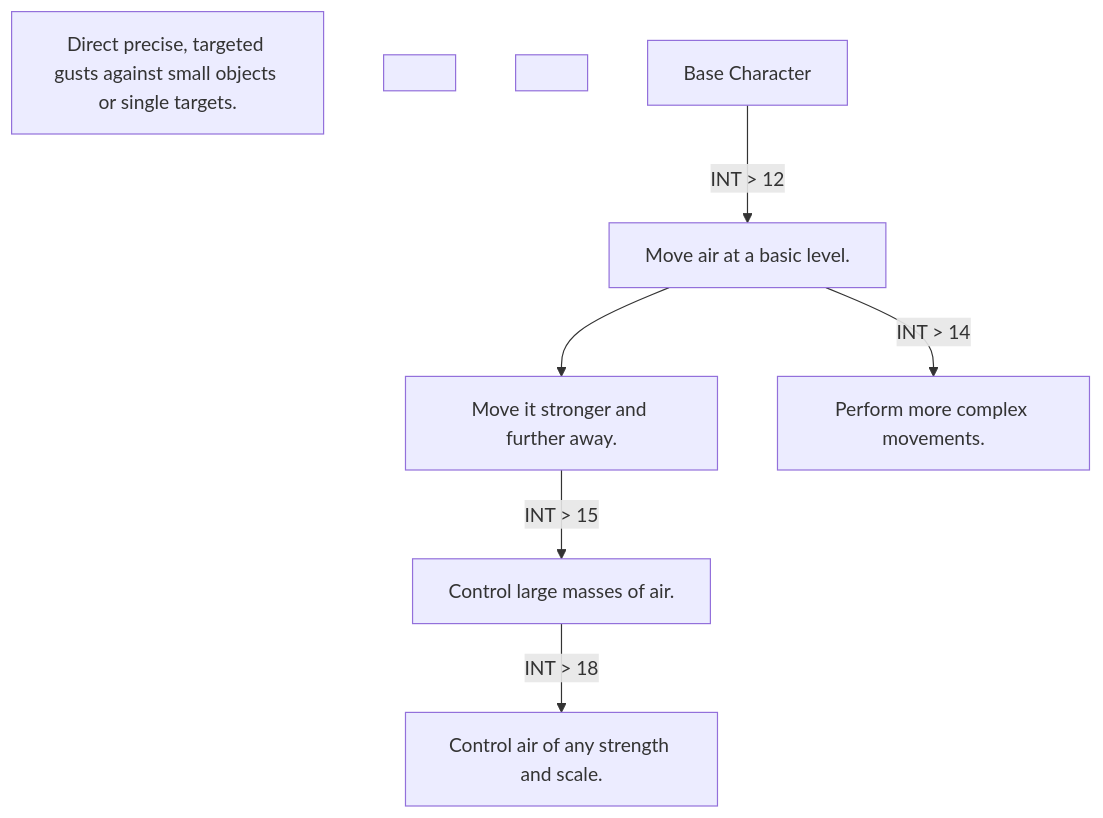
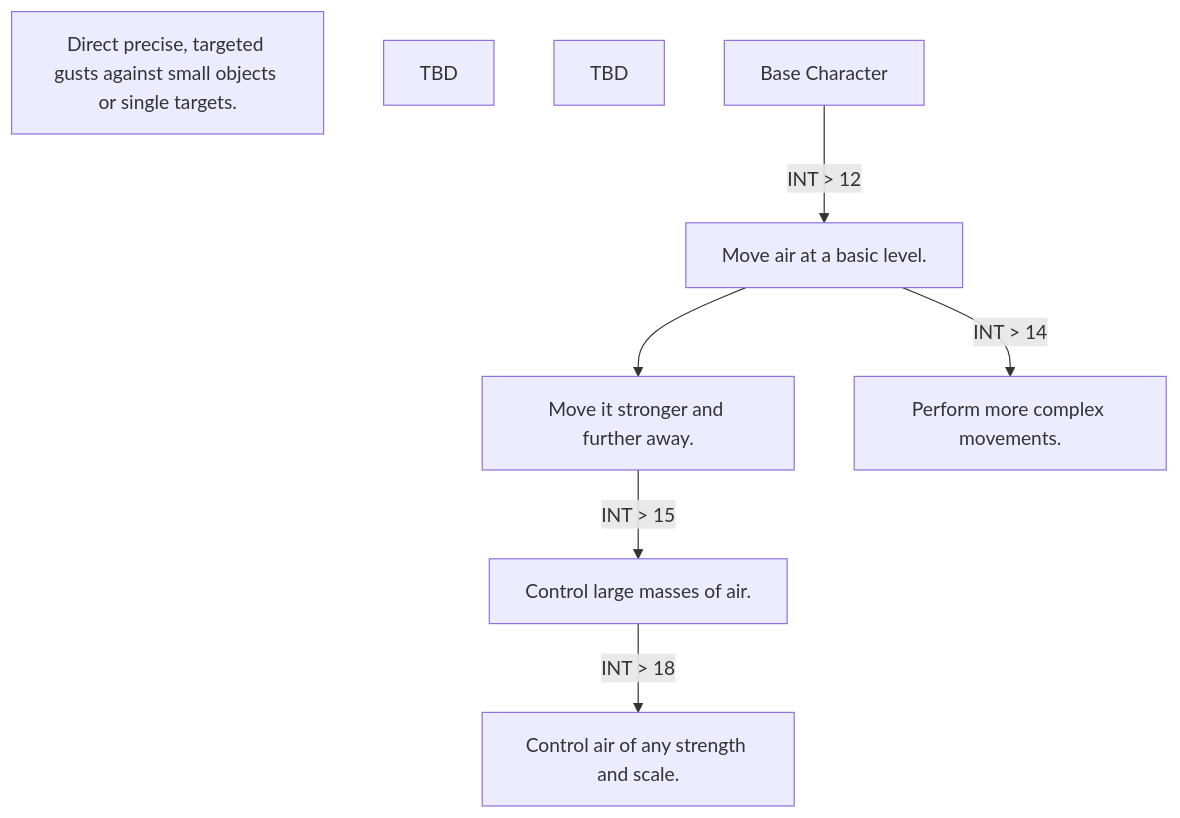
Before and after one commit to WiIdNeo/DnD: diagram 12 of 28 in Classes and Races/Classes/Class-Handbook.md, drawn with Mermaid. The commit also changed other lines of this file and 1 other file, not shown here.

````diff
--- a/Classes and Races/Classes/Class-Handbook.md
+++ b/Classes and Races/Classes/Class-Handbook.md
@@ -321,18 +316,18 @@
 ```mermaid
 flowchart TD
 
 A[Base Character]
 
-1[Move air at a basic level.]
-2[Move it stronger and further away.]
-3[Perform more complex movements.]
-4[Control large masses of air.]
-5[Direct precise, targeted gusts against small objects or single targets.]
-6[ ]
-7[ ]
-8[Control air of any strength and scale.]
+1["Move air at a basic level."]
+2["Move it stronger and further away."]
+3["Perform more complex movements."]
+4["Control large masses of air."]
+5["Direct precise, targeted gusts against small objects or single targets."]
+6["TBD"]
+7["TBD"]
+8["Control air of any strength and scale."]
 
 A --> |INT > 12|1 
 1 --> 2 -->|INT > 15| 4 -->|INT > 18| 8
 1 --> |INT > 14|3
 ```
````
